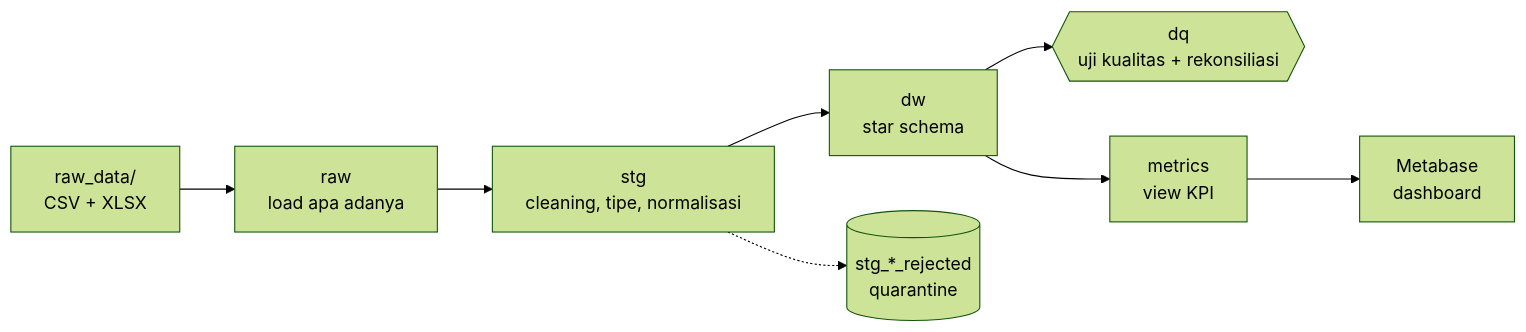
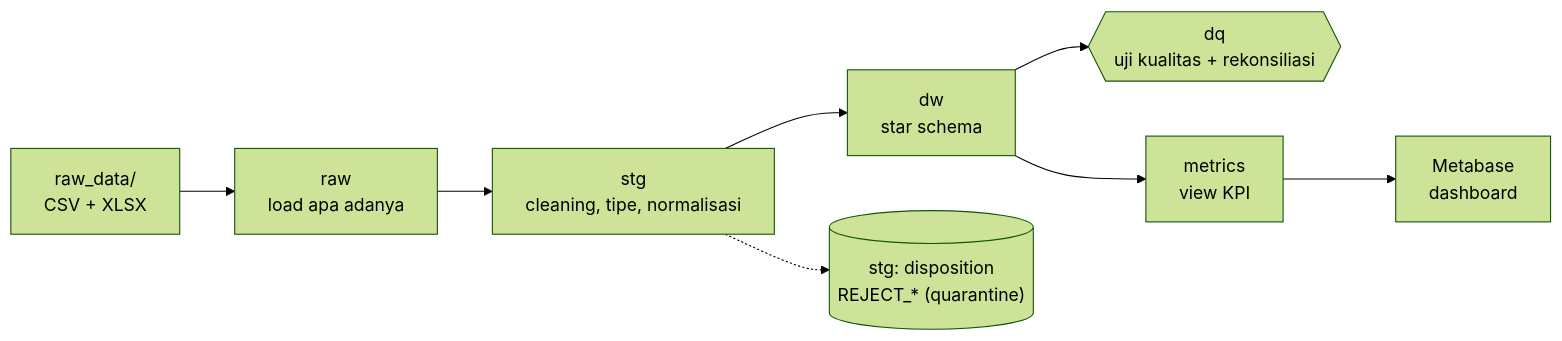
One commit to titan2903/kirana-omnichannel-performance-intelligence changed the first of 2 diagrams in README.md. Above: the diagram before and after it, drawn with Mermaid (forest theme). The commit also changed other lines of this file and 38 other files, not shown here.

````diff
--- a/README.md
+++ b/README.md
@@ -60,10 +60,10 @@
 ```mermaid
 flowchart LR
     A["raw_data/<br/>CSV + XLSX"] --> B["raw<br/>load apa adanya"]
     B --> C["stg<br/>cleaning, tipe, normalisasi"]
     C --> D["dw<br/>star schema"]
-    C -.-> Q[("stg_*_rejected<br/>quarantine")]
+    C -.-> Q[("stg: disposition<br/>REJECT_* (quarantine)")]
     D --> T{{"dq<br/>uji kualitas + rekonsiliasi"}}
     D --> M["metrics<br/>view KPI"]
     M --> MB["Metabase<br/>dashboard"]
 ```
````
